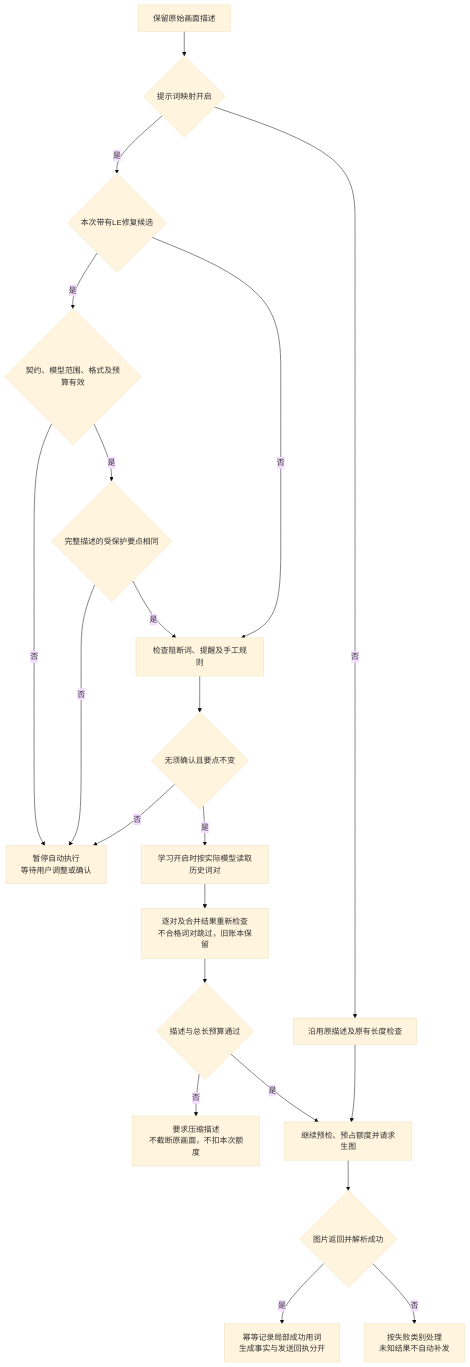
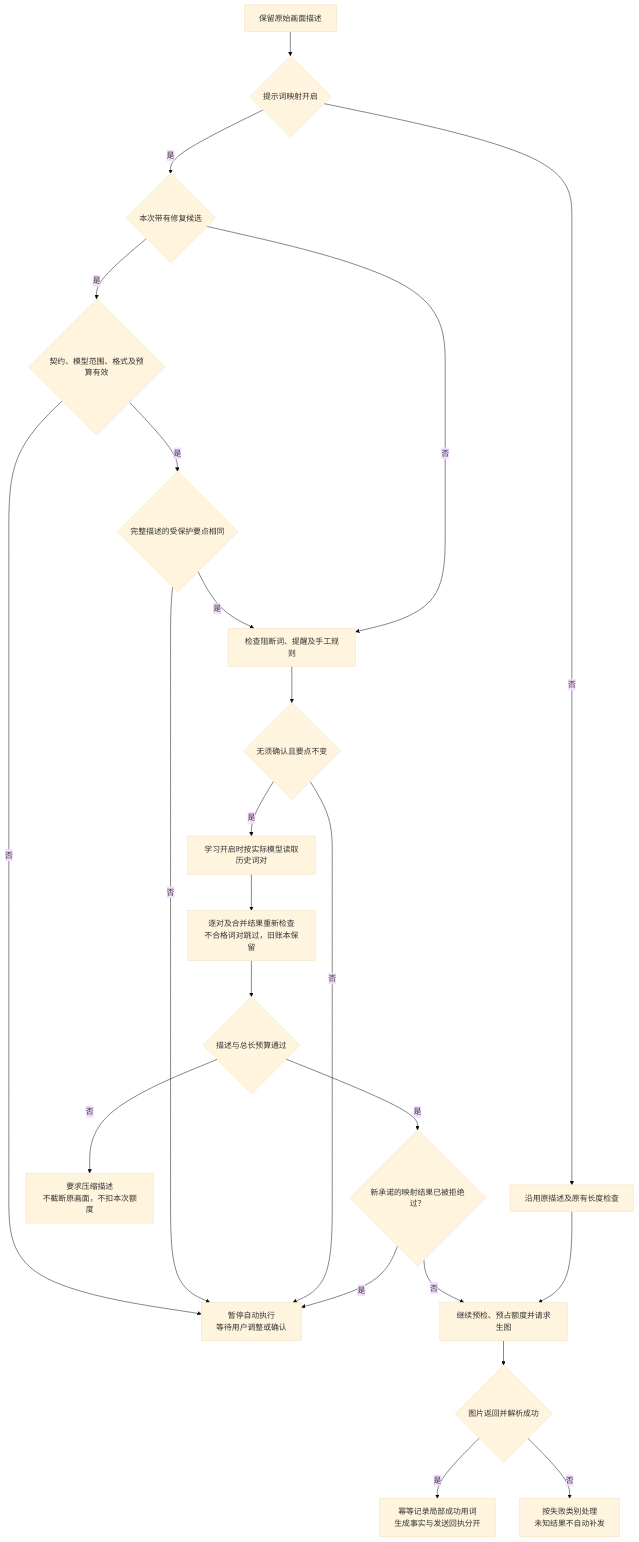
The second of 2 diagrams in docs/image-prompt-mapping.md (AKIhunter/astrbot_plugin_livinghello), drawn with Mermaid (base theme) before and after one commit. The commit also changed other lines of this file and 12 other files, not shown here.

First line of the commit message:
由 LivingHello 统一执行承诺生图的提示词与投递

````diff
--- a/docs/image-prompt-mapping.md
+++ b/docs/image-prompt-mapping.md
@@ -136,23 +159,25 @@
 ```mermaid
 flowchart TD
     ORIGINAL["保留原始画面描述"] --> ON{"提示词映射开启"}
     ON -->|"否"| NORMAL["沿用原描述及原有长度检查"]
-    ON -->|"是"| REPAIR{"本次带有LE修复候选"}
+    ON -->|"是"| REPAIR{"本次带有修复候选"}
     REPAIR -->|"是"| SCOPE{"契约、模型范围、格式及预算有效"}
     SCOPE -->|"否"| REVIEW["暂停自动执行<br/>等待用户调整或确认"]
     SCOPE -->|"是"| COMPARE{"完整描述的受保护要点相同"}
     COMPARE -->|"否"| REVIEW
     COMPARE -->|"是"| MANUAL["检查阻断词、提醒及手工规则"]
     REPAIR -->|"否"| MANUAL
     MANUAL --> TABLE{"无须确认且要点不变"}
     TABLE -->|"否"| REVIEW
     TABLE -->|"是"| LEARN["学习开启时按实际模型读取历史词对"]
     LEARN --> CHECK["逐对及合并结果重新检查<br/>不合格词对跳过，旧账本保留"]
     CHECK --> LENGTH{"描述与总长预算通过"}
     LENGTH -->|"否"| SHORT["要求压缩描述<br/>不截断原画面，不扣本次额度"]
-    LENGTH -->|"是"| REQUEST["继续预检、预占额度并请求生图"]
+    LENGTH -->|"是"| SAME{"新承诺的映射结果已被拒绝过？"}
+    SAME -->|"是"| REVIEW
+    SAME -->|"否"| REQUEST["继续预检、预占额度并请求生图"]
     NORMAL --> REQUEST
     REQUEST --> RESULT{"图片返回并解析成功"}
     RESULT -->|"是"| RECORD["幂等记录局部成功用词<br/>生成事实与发送回执分开"]
     RESULT -->|"否"| FAILURE["按失败类别处理<br/>未知结果不自动补发"]
 ```
````
